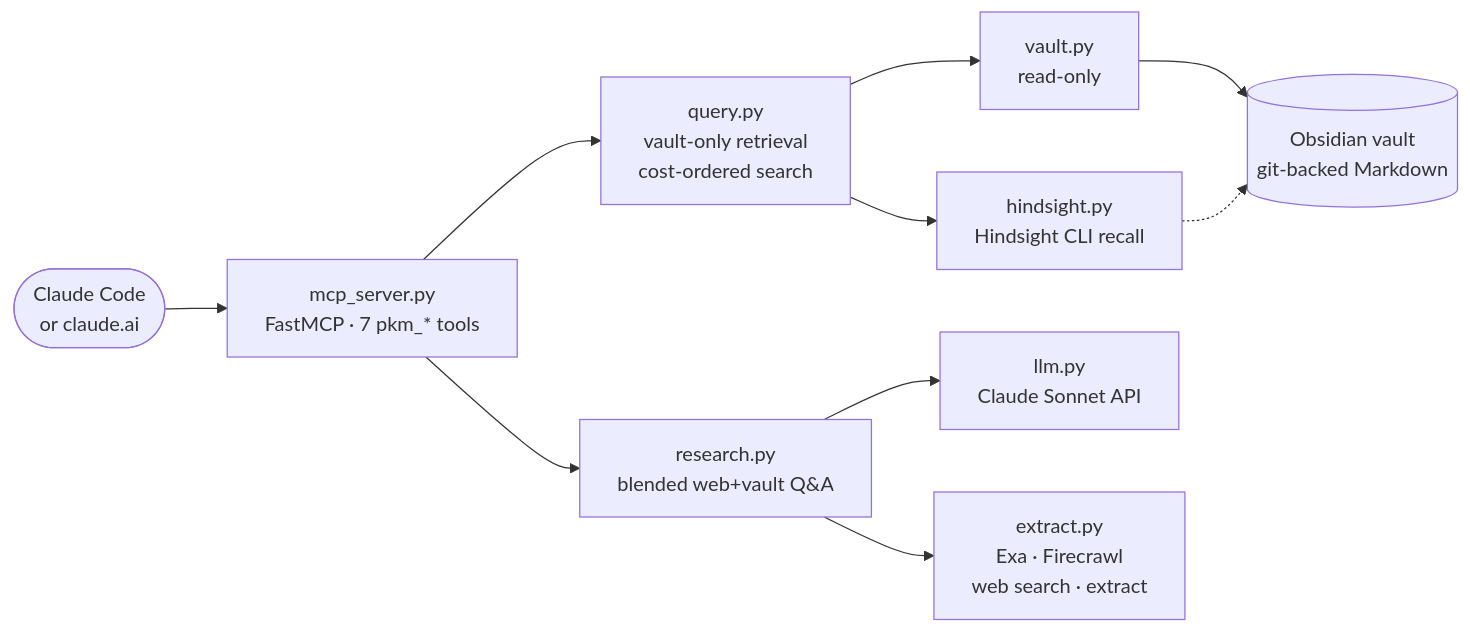
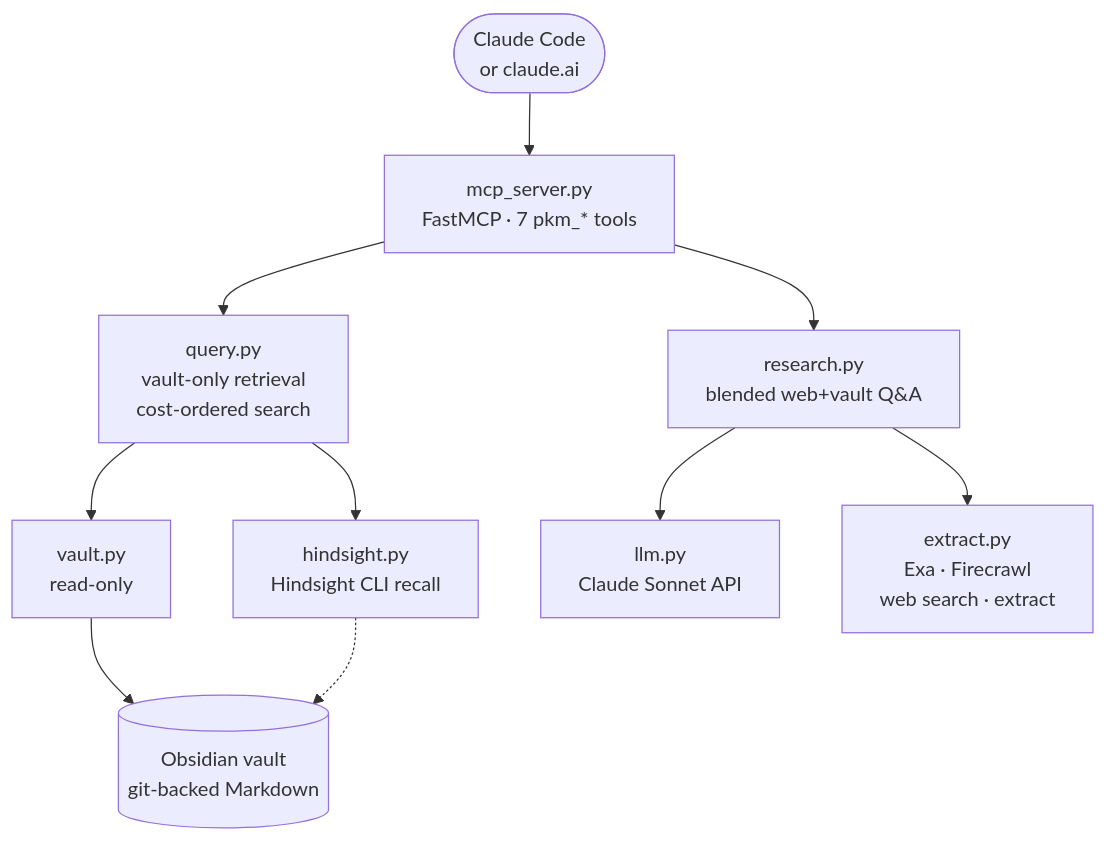
The second of 2 diagrams in docs/explanations/architecture.md (gilesknap/thoth), drawn with Mermaid before and after one commit. The commit also changed other lines of this file, not shown here.

Commit message:
tidy diagrams

````diff
--- a/docs/explanations/architecture.md
+++ b/docs/explanations/architecture.md
@@ -58,13 +58,13 @@
 ```{mermaid}
-flowchart LR
-    cc(["Claude Code\nor claude.ai"])
-    cc --> mcp["mcp_server.py\nFastMCP · 7 pkm_* tools"]
-    mcp --> qry["query.py\nvault-only retrieval\ncost-ordered search"]
-    mcp --> res["research.py\nblended web+vault Q&A"]
-    qry --> va["vault.py\nread-only"]
-    qry --> hs["hindsight.py\nHindsight CLI recall"]
-    res --> llm["llm.py\nClaude Sonnet API"]
-    res --> ext["extract.py\nExa · Firecrawl\nweb search · extract"]
-    va --> ov[("Obsidian vault\ngit-backed Markdown")]
+flowchart TB
+    cc(["Claude Code<br>or claude.ai"])
+    cc --> mcp["mcp_server.py<br>FastMCP · 7 pkm_* tools"]
+    mcp --> qry["query.py<br>vault-only retrieval<br>cost-ordered search"]
+    mcp --> res["research.py<br>blended web+vault Q&A"]
+    qry --> va["vault.py<br>read-only"]
+    qry --> hs["hindsight.py<br>Hindsight CLI recall"]
+    res --> llm["llm.py<br>Claude Sonnet API"]
+    res --> ext["extract.py<br>Exa · Firecrawl<br>web search · extract"]
+    va --> ov[("Obsidian vault<br>git-backed Markdown")]
     hs -.-> ov
 ```
````
